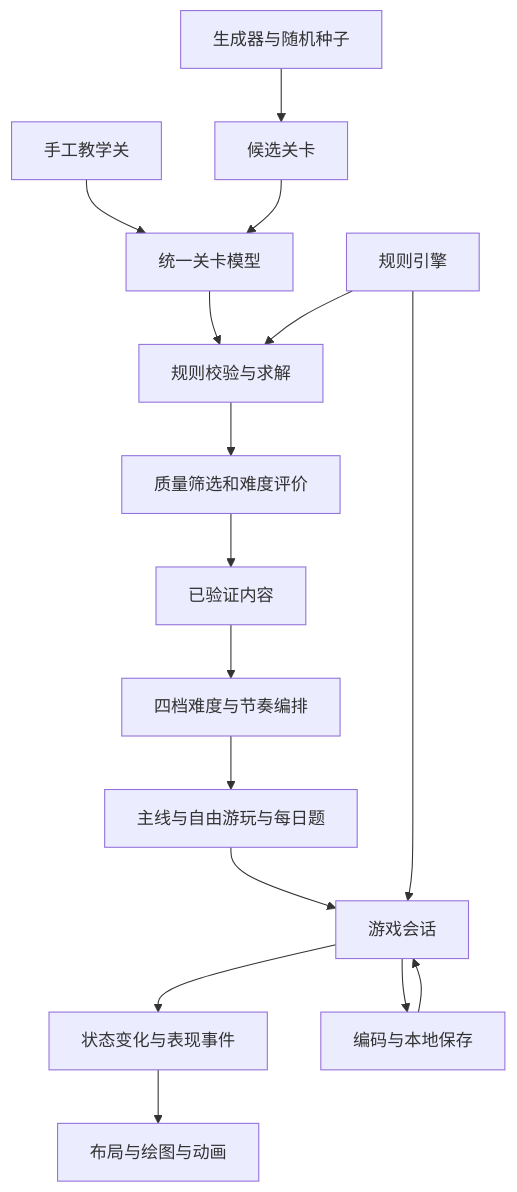
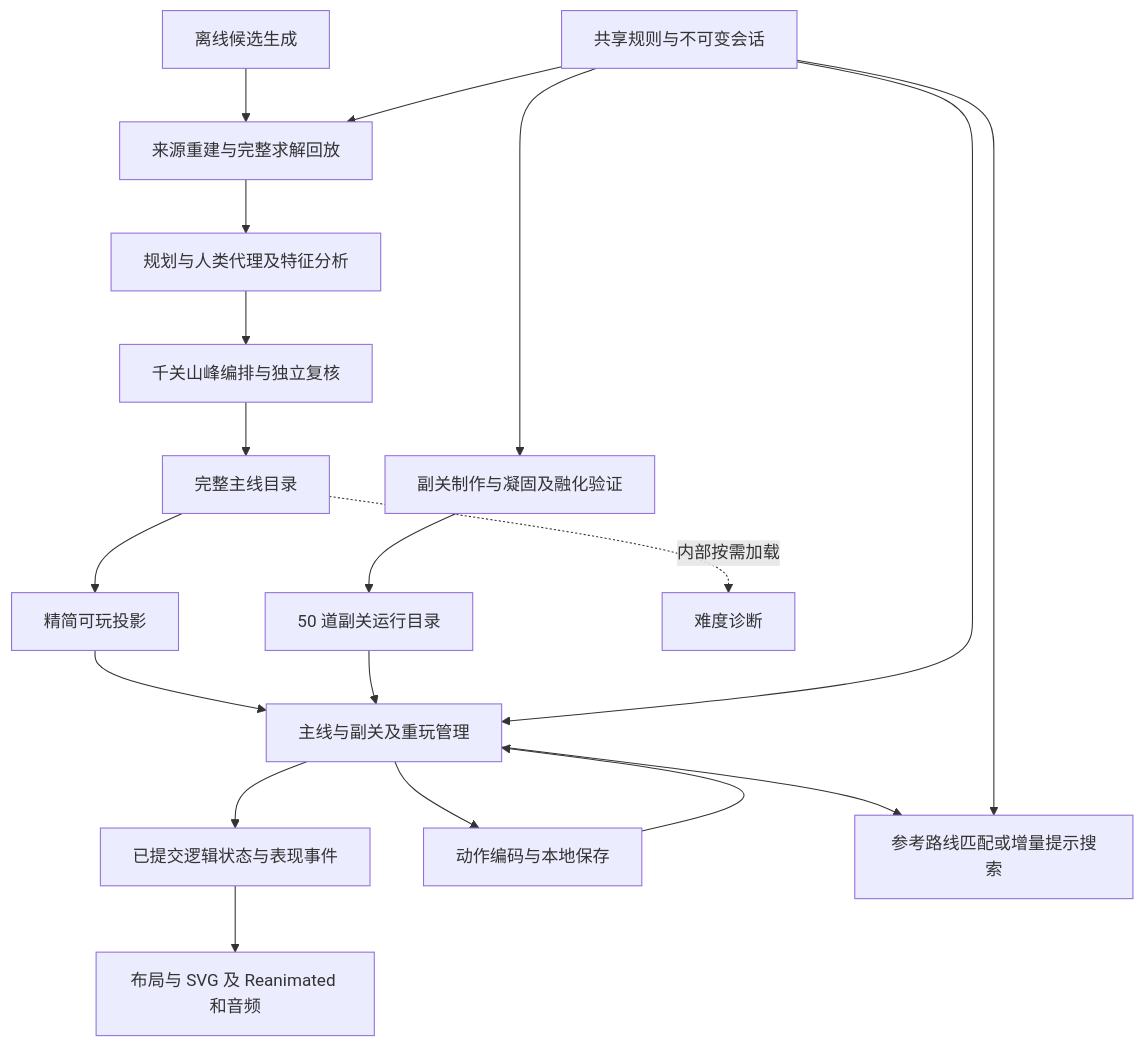
The diagram in docs/system-design.md (JackLi717/bottle-harmony), drawn with Mermaid before and after one commit. The commit also changed other lines of this file and 30 other files, not shown here.

````diff
--- a/docs/system-design.md
+++ b/docs/system-design.md
@@ -13,18 +7,21 @@
 ```mermaid
 flowchart TD
-    A[手工教学关] --> D[统一关卡模型]
-    B[生成器与随机种子] --> C[候选关卡]
-    C --> D
-    D --> E[规则校验与求解]
-    E --> F[质量筛选和难度评价]
-    F --> G[已验证内容]
-    G --> N[四档难度与节奏编排]
-    N --> H[主线与自由游玩与每日题]
-    H --> I[游戏会话]
-    J[规则引擎] --> E
+    A[离线候选生成] --> B[来源重建与完整求解回放]
+    B --> C[规划与人类代理及特征分析]
+    C --> D[千关山峰编排与独立复核]
+    D --> E[完整主线目录]
+    E --> F[精简可玩投影]
+    G[副关制作与凝固及融化验证] --> H[50 道副关运行目录]
+    F --> I[主线与副关及重玩管理]
+    H --> I
+    J[共享规则与不可变会话] --> B
+    J --> G
     J --> I
-    I --> K[状态变化与表现事件]
-    K --> L[布局与绘图与动画]
-    I --> M[编码与本地保存]
+    I --> K[已提交逻辑状态与表现事件]
+    K --> L[布局与 SVG 及 Reanimated 和音频]
+    I --> M[动作编码与本地保存]
     M --> I
+    I --> N[参考路线匹配或增量提示搜索]
+    J --> N
+    E -.内部按需加载.-> O[难度诊断]
 ```
````
